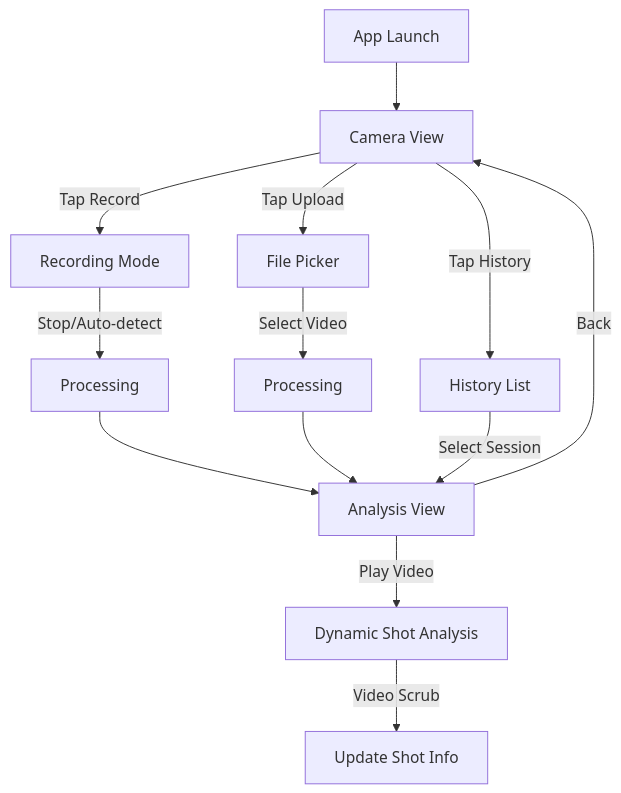
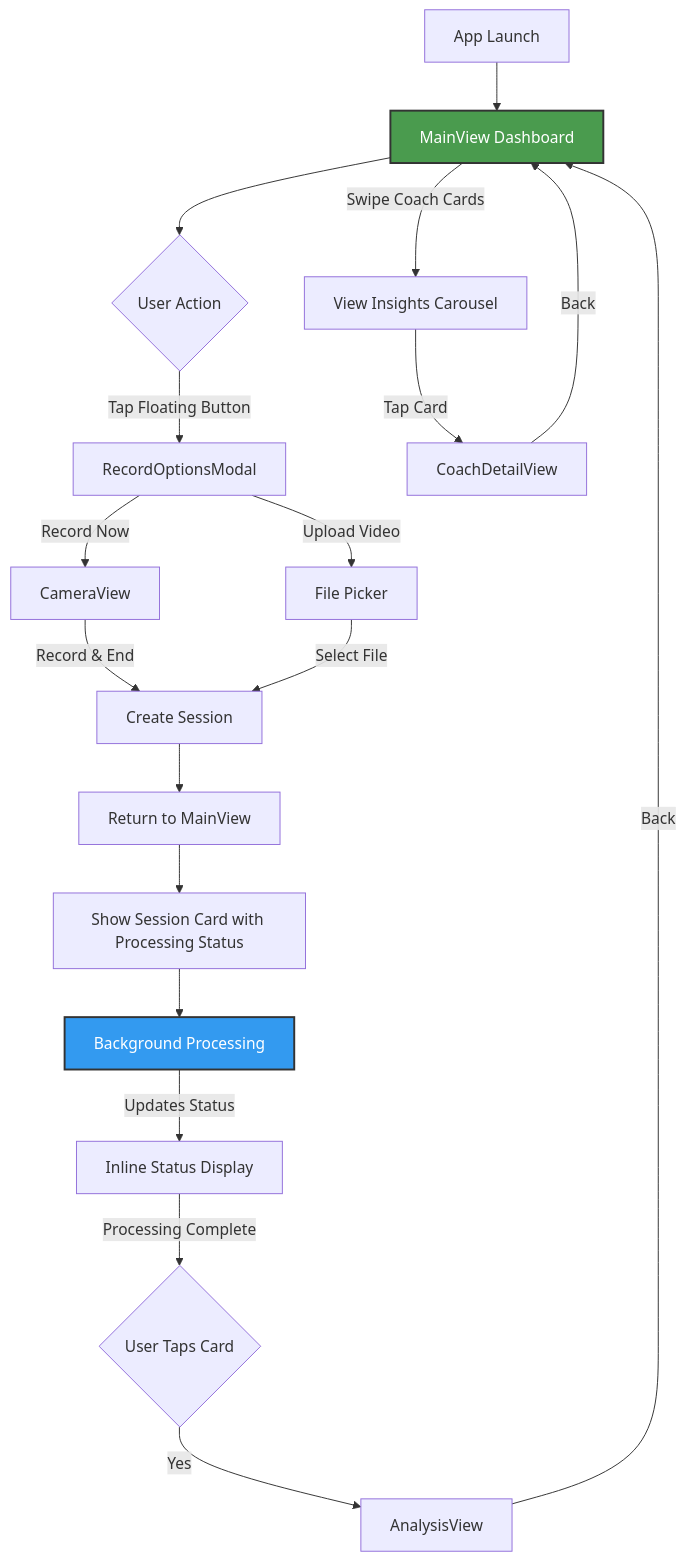
Before and after one commit to victorzhrn/swingmaster: the diagram in docs/0.1 User Flow & UI Screens.md, drawn with Mermaid. The commit also changed other lines of this file and 2 other files, not shown here.

First line of the commit message:
Revise Product Vision and User Flow Documentation for Swing Master App

````diff
--- a/docs/0.1 User Flow & UI Screens.md
+++ b/docs/0.1 User Flow & UI Screens.md
@@ -122,18 +5,28 @@
 ```mermaid
 flowchart TD
-    A[App Launch] --> B[Camera View]
-    B -->|Tap Record| C[Recording Mode]
-    C -->|Stop/Auto-detect| D[Processing]
-    D --> E[Analysis View]
+    A[App Launch] --> B[MainView Dashboard]
+    B --> C{User Action}
     
-    B -->|Tap Upload| F[File Picker]
-    F -->|Select Video| G[Processing]
-    G --> E
+    C -->|Tap Floating Button| D[RecordOptionsModal]
+    D -->|Record Now| E[CameraView]
+    D -->|Upload Video| F[File Picker]
     
-    B -->|Tap History| H[History List]
-    H -->|Select Session| E
+    E -->|Record & End| G[Create Session]
+    F -->|Select File| G
     
-    E -->|Back| B
-    E -->|Play Video| I[Dynamic Shot Analysis]
-    I -->|Video Scrub| J[Update Shot Info]
+    G --> H[Return to MainView]
+    H --> I[Show Session Card with Processing Status]
+    I --> J[Background Processing]
+    
+    J -->|Updates Status| K[Inline Status Display]
+    K -->|Processing Complete| L{User Taps Card}
+    L -->|Yes| M[AnalysisView]
+    M -->|Back| B
+    
+    B -->|Swipe Coach Cards| N[View Insights Carousel]
+    N -->|Tap Card| O[CoachDetailView]
+    O -->|Back| B
+    
+    style B fill:#4A9B4E,stroke:#333,stroke-width:2px,color:#fff
+    style J fill:#339af0,stroke:#333,stroke-width:2px,color:#fff
 ```
````
